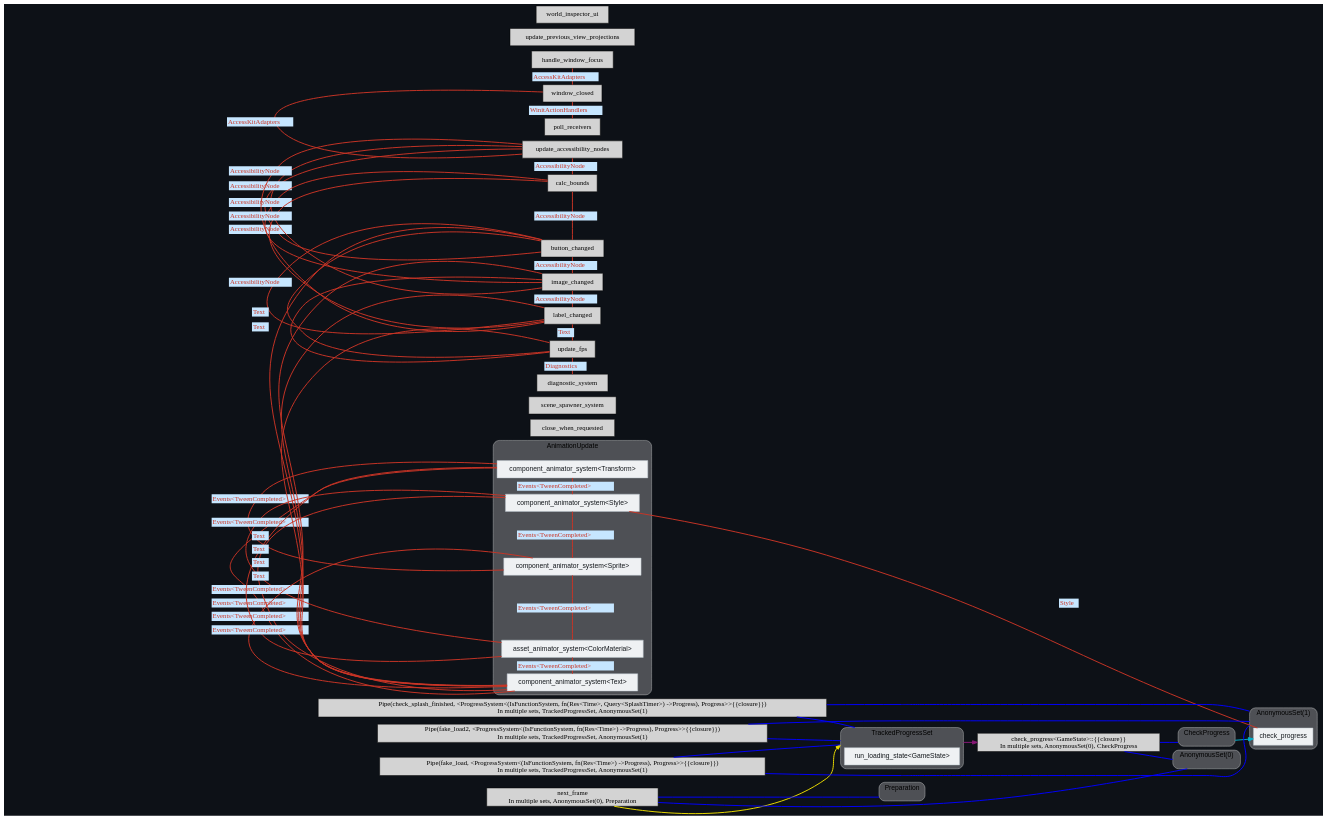
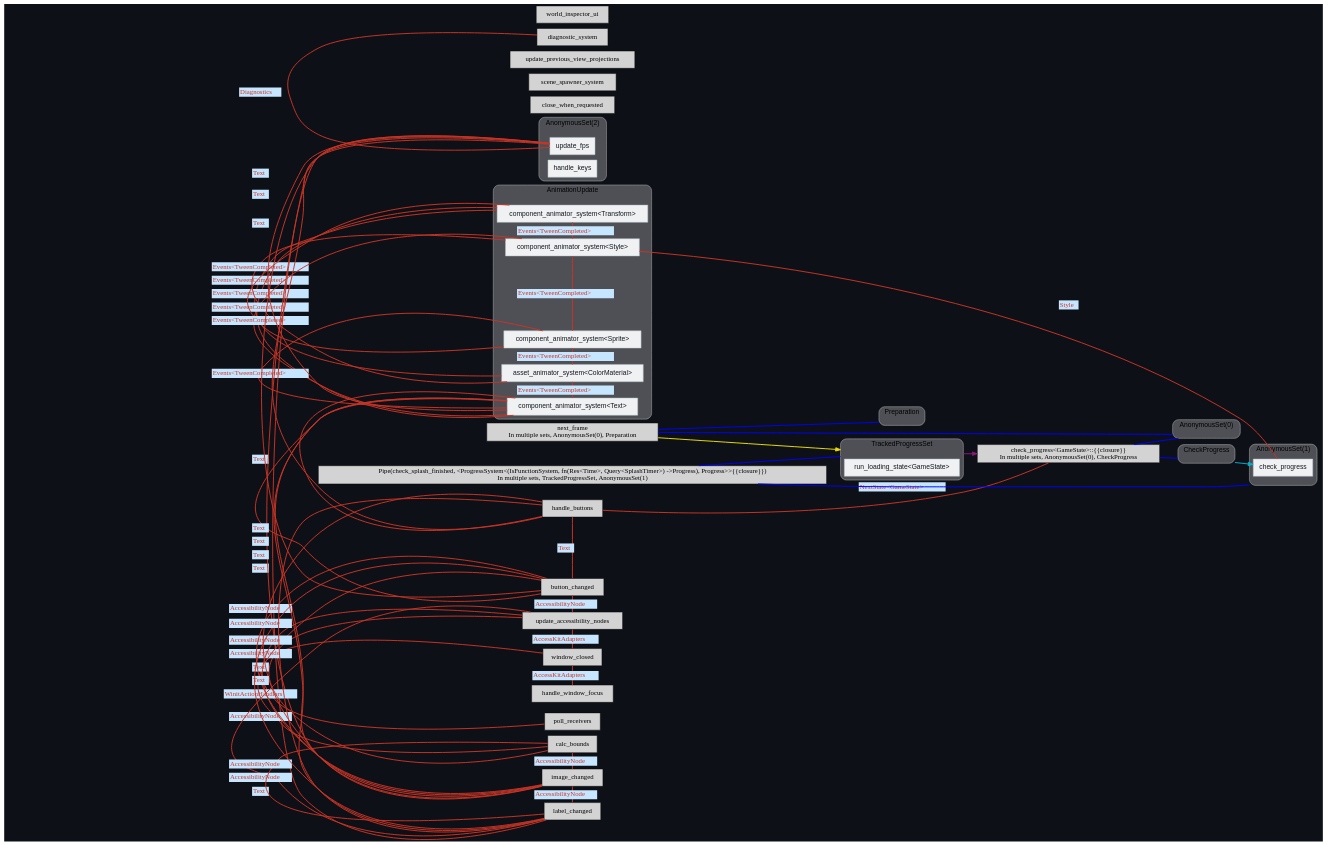
One commit to eerii/hello-bevy changed the diagram in graphs/update-schedule.dot. Above: the diagram before and after it, drawn with Graphviz. The commit also changed 4 other files, not shown here.

```diff
--- a/graphs/update-schedule.dot
+++ b/graphs/update-schedule.dot
@@ -74,6 +74,18 @@
 		"node_System(20)" ["label"="check_progress", "tooltip"="hello_bevy::load::check_progress", "fillcolor"="#eff1f3", "fontname"="Helvetica", "fontcolor"="#15191d", "color"="#b4bec7", "penwidth"="1"]
 	}
 	
+	subgraph "clusternode_Set(31)" {
+		"style"="rounded,filled";
+		"label"="AnonymousSet(2)";
+		"tooltip"="AnonymousSet(2)";
+		"fillcolor"="#ffffff44";
+		"color"="#ffffff50";
+		"penwidth"="2";
+		"set_marker_node_Set(31)" ["style"="invis", "label"="", "height"="0", "shape"="point"]
+		"node_System(24)" ["label"="update_fps", "tooltip"="hello_bevy::debug::only_in_debug::update_fps", "fillcolor"="#eff1f3", "fontname"="Helvetica", "fontcolor"="#15191d", "color"="#b4bec7", "penwidth"="1"]
+		"node_System(25)" ["label"="handle_keys", "tooltip"="hello_bevy::debug::only_in_debug::handle_keys", "fillcolor"="#eff1f3", "fontname"="Helvetica", "fontcolor"="#15191d", "color"="#b4bec7", "penwidth"="1"]
+	}
+	
 	"node_System(0)" ["label"="close_when_requested", "tooltip"="bevy_window::system::close_when_requested"]
 	"node_System(1)" ["label"="scene_spawner_system", "tooltip"="bevy_scene::scene_spawner::scene_spawner_system"]
 	"node_System(2)" ["label"="handle_window_focus", "tooltip"="bevy_winit::accessibility::handle_window_focus"]
@@ -85,9 +97,9 @@
 	"node_System(8)" ["label"="image_changed", "tooltip"="bevy_ui::accessibility::image_changed"]
 	"node_System(9)" ["label"="label_changed", "tooltip"="bevy_ui::accessibility::label_changed"]
 	"node_System(10)" ["label"="update_previous_view_projections", "tooltip"="bevy_pbr::prepass::update_previous_view_projections"]
-	"node_System(23)" ["label"="diagnostic_system", "tooltip"="bevy_diagnostic::frame_time_diagnostics_plugin::FrameTimeDiagnosticsPlugin::diagnostic_system"]
-	"node_System(24)" ["label"="world_inspector_ui", "tooltip"="bevy_inspector_egui::quick::world_inspector_ui"]
-	"node_System(25)" ["label"="update_fps", "tooltip"="hello_bevy::debug::only_in_debug::update_fps"]
+	"node_System(21)" ["label"="handle_buttons", "tooltip"="hello_bevy::menu::handle_buttons"]
+	"node_System(22)" ["label"="diagnostic_system", "tooltip"="bevy_diagnostic::frame_time_diagnostics_plugin::FrameTimeDiagnosticsPlugin::diagnostic_system"]
+	"node_System(23)" ["label"="world_inspector_ui", "tooltip"="bevy_inspector_egui::quick::world_inspector_ui"]
 	"node_System(17)" -> "set_marker_node_Set(19)" ["dir"="none", "color"="blue", "lhead"="clusternode_Set(19)"]
 	"node_System(17)" -> "set_marker_node_Set(21)" ["dir"="none", "color"="blue", "lhead"="clusternode_Set(21)"]
 	"node_System(17)" ["label"="next_frame
@@ -100,14 +112,6 @@
 	"node_System(19)" -> "set_marker_node_Set(24)" ["dir"="none", "color"="blue", "lhead"="clusternode_Set(24)"]
 	"node_System(19)" ["label"="Pipe(check_splash_finished, <ProgressSystem<(IsFunctionSystem, fn(Res<Time>, Query<SplashTimer>) ->Progress), Progress>>{{closure}})
 In multiple sets, TrackedProgressSet, AnonymousSet(1)", "tooltip"="Pipe(hello_bevy::load::check_splash_finished, <hello_bevy::load::check_splash_finished as iyes_progress::ProgressSystem<(bevy_ecs::system::function_system::IsFunctionSystem, fn(bevy_ecs::change_detection::Res<bevy_time::time::Time>, bevy_ecs::system::query::Query<&mut hello_bevy::load::SplashTimer>) -> iyes_progress::Progress), iyes_progress::Progress>>::track_progress::{{closure}})"]
-	"node_System(21)" -> "set_marker_node_Set(18)" ["dir"="none", "color"="blue", "lhead"="clusternode_Set(18)"]
-	"node_System(21)" -> "set_marker_node_Set(24)" ["dir"="none", "color"="blue", "lhead"="clusternode_Set(24)"]
-	"node_System(21)" ["label"="Pipe(fake_load, <ProgressSystem<(IsFunctionSystem, fn(Res<Time>) ->Progress), Progress>>{{closure}})
-In multiple sets, TrackedProgressSet, AnonymousSet(1)", "tooltip"="Pipe(hello_bevy::load::fake_load, <hello_bevy::load::fake_load as iyes_progress::ProgressSystem<(bevy_ecs::system::function_system::IsFunctionSystem, fn(bevy_ecs::change_detection::Res<bevy_time::time::Time>) -> iyes_progress::Progress), iyes_progress::Progress>>::track_progress::{{closure}})"]
-	"node_System(22)" -> "set_marker_node_Set(18)" ["dir"="none", "color"="blue", "lhead"="clusternode_Set(18)"]
-	"node_System(22)" -> "set_marker_node_Set(24)" ["dir"="none", "color"="blue", "lhead"="clusternode_Set(24)"]
-	"node_System(22)" ["label"="Pipe(fake_load2, <ProgressSystem<(IsFunctionSystem, fn(Res<Time>) ->Progress), Progress>>{{closure}})
-In multiple sets, TrackedProgressSet, AnonymousSet(1)", "tooltip"="Pipe(hello_bevy::load::fake_load2, <hello_bevy::load::fake_load2 as iyes_progress::ProgressSystem<(bevy_ecs::system::function_system::IsFunctionSystem, fn(bevy_ecs::change_detection::Res<bevy_time::time::Time>) -> iyes_progress::Progress), iyes_progress::Progress>>::track_progress::{{closure}})"]
 	"node_System(17)" -> "set_marker_node_Set(18)" ["lhead"="clusternode_Set(18)", "ltail"="", "tooltip"="next_frame → TrackedProgressSet", "color"="#eede00"]
 	"set_marker_node_Set(18)" -> "node_System(18)" ["lhead"="", "ltail"="clusternode_Set(18)", "tooltip"="TrackedProgressSet → check_progress<GameState>::{{closure}}", "color"="#881877"]
 	"set_marker_node_Set(23)" -> "node_System(20)" ["lhead"="", "ltail"="clusternode_Set(23)", "tooltip"="CheckProgress → check_progress", "color"="#00b0cc"]
@@ -118,29 +122,35 @@
 	"node_System(7)" -> "node_System(5)" ["dir"="none", "constraint"="false", "color"="#c93526", "fontcolor"="#c93526", "label"=<<table border="0" cellborder="0"><tr><td bgcolor="#c6e6ff">AccessibilityNode</td></tr></table>>, "labeltooltip"="button_changed — update_accessibility_nodes"]
 	"node_System(7)" -> "node_System(6)" ["dir"="none", "constraint"="false", "color"="#c93526", "fontcolor"="#c93526", "label"=<<table border="0" cellborder="0"><tr><td bgcolor="#c6e6ff">AccessibilityNode</td></tr></table>>, "labeltooltip"="button_changed — calc_bounds"]
 	"node_System(7)" -> "node_System(15)" ["dir"="none", "constraint"="false", "color"="#c93526", "fontcolor"="#c93526", "label"=<<table border="0" cellborder="0"><tr><td bgcolor="#c6e6ff">Text</td></tr></table>>, "labeltooltip"="button_changed — component_animator_system<Text>"]
+	"node_System(7)" -> "node_System(21)" ["dir"="none", "constraint"="false", "color"="#c93526", "fontcolor"="#c93526", "label"=<<table border="0" cellborder="0"><tr><td bgcolor="#c6e6ff">Text</td></tr></table>>, "labeltooltip"="button_changed — handle_buttons"]
 	"node_System(8)" -> "node_System(5)" ["dir"="none", "constraint"="false", "color"="#c93526", "fontcolor"="#c93526", "label"=<<table border="0" cellborder="0"><tr><td bgcolor="#c6e6ff">AccessibilityNode</td></tr></table>>, "labeltooltip"="image_changed — update_accessibility_nodes"]
 	"node_System(8)" -> "node_System(6)" ["dir"="none", "constraint"="false", "color"="#c93526", "fontcolor"="#c93526", "label"=<<table border="0" cellborder="0"><tr><td bgcolor="#c6e6ff">AccessibilityNode</td></tr></table>>, "labeltooltip"="image_changed — calc_bounds"]
 	"node_System(8)" -> "node_System(7)" ["dir"="none", "constraint"="false", "color"="#c93526", "fontcolor"="#c93526", "label"=<<table border="0" cellborder="0"><tr><td bgcolor="#c6e6ff">AccessibilityNode</td></tr></table>>, "labeltooltip"="image_changed — button_changed"]
 	"node_System(8)" -> "node_System(15)" ["dir"="none", "constraint"="false", "color"="#c93526", "fontcolor"="#c93526", "label"=<<table border="0" cellborder="0"><tr><td bgcolor="#c6e6ff">Text</td></tr></table>>, "labeltooltip"="image_changed — component_animator_system<Text>"]
+	"node_System(8)" -> "node_System(21)" ["dir"="none", "constraint"="false", "color"="#c93526", "fontcolor"="#c93526", "label"=<<table border="0" cellborder="0"><tr><td bgcolor="#c6e6ff">Text</td></tr></table>>, "labeltooltip"="image_changed — handle_buttons"]
 	"node_System(9)" -> "node_System(5)" ["dir"="none", "constraint"="false", "color"="#c93526", "fontcolor"="#c93526", "label"=<<table border="0" cellborder="0"><tr><td bgcolor="#c6e6ff">AccessibilityNode</td></tr></table>>, "labeltooltip"="label_changed — update_accessibility_nodes"]
 	"node_System(9)" -> "node_System(6)" ["dir"="none", "constraint"="false", "color"="#c93526", "fontcolor"="#c93526", "label"=<<table border="0" cellborder="0"><tr><td bgcolor="#c6e6ff">AccessibilityNode</td></tr></table>>, "labeltooltip"="label_changed — calc_bounds"]
 	"node_System(9)" -> "node_System(7)" ["dir"="none", "constraint"="false", "color"="#c93526", "fontcolor"="#c93526", "label"=<<table border="0" cellborder="0"><tr><td bgcolor="#c6e6ff">AccessibilityNode</td></tr></table>>, "labeltooltip"="label_changed — button_changed"]
 	"node_System(9)" -> "node_System(8)" ["dir"="none", "constraint"="false", "color"="#c93526", "fontcolor"="#c93526", "label"=<<table border="0" cellborder="0"><tr><td bgcolor="#c6e6ff">AccessibilityNode</td></tr></table>>, "labeltooltip"="label_changed — image_changed"]
 	"node_System(9)" -> "node_System(15)" ["dir"="none", "constraint"="false", "color"="#c93526", "fontcolor"="#c93526", "label"=<<table border="0" cellborder="0"><tr><td bgcolor="#c6e6ff">Text</td></tr></table>>, "labeltooltip"="label_changed — component_animator_system<Text>"]
-	"node_System(11)" -> "node_System(13)" ["dir"="none", "constraint"="false", "color"="#c93526", "fontcolor"="#c93526", "label"=<<table border="0" cellborder="0"><tr><td bgcolor="#c6e6ff">Events&lt;TweenCompleted&gt;</td></tr></table>>, "labeltooltip"="component_animator_system<Transform> — component_animator_system<Sprite>"]
+	"node_System(9)" -> "node_System(21)" ["dir"="none", "constraint"="false", "color"="#c93526", "fontcolor"="#c93526", "label"=<<table border="0" cellborder="0"><tr><td bgcolor="#c6e6ff">Text</td></tr></table>>, "labeltooltip"="label_changed — handle_buttons"]
+	"node_System(11)" -> "node_System(14)" ["dir"="none", "constraint"="false", "color"="#c93526", "fontcolor"="#c93526", "label"=<<table border="0" cellborder="0"><tr><td bgcolor="#c6e6ff">Events&lt;TweenCompleted&gt;</td></tr></table>>, "labeltooltip"="component_animator_system<Transform> — asset_animator_system<ColorMaterial>"]
 	"node_System(11)" -> "node_System(15)" ["dir"="none", "constraint"="false", "color"="#c93526", "fontcolor"="#c93526", "label"=<<table border="0" cellborder="0"><tr><td bgcolor="#c6e6ff">Events&lt;TweenCompleted&gt;</td></tr></table>>, "labeltooltip"="component_animator_system<Transform> — component_animator_system<Text>"]
 	"node_System(12)" -> "node_System(11)" ["dir"="none", "constraint"="false", "color"="#c93526", "fontcolor"="#c93526", "label"=<<table border="0" cellborder="0"><tr><td bgcolor="#c6e6ff">Events&lt;TweenCompleted&gt;</td></tr></table>>, "labeltooltip"="component_animator_system<Style> — component_animator_system<Transform>"]
 	"node_System(12)" -> "node_System(13)" ["dir"="none", "constraint"="false", "color"="#c93526", "fontcolor"="#c93526", "label"=<<table border="0" cellborder="0"><tr><td bgcolor="#c6e6ff">Events&lt;TweenCompleted&gt;</td></tr></table>>, "labeltooltip"="component_animator_system<Style> — component_animator_system<Sprite>"]
 	"node_System(12)" -> "node_System(14)" ["dir"="none", "constraint"="false", "color"="#c93526", "fontcolor"="#c93526", "label"=<<table border="0" cellborder="0"><tr><td bgcolor="#c6e6ff">Events&lt;TweenCompleted&gt;</td></tr></table>>, "labeltooltip"="component_animator_system<Style> — asset_animator_system<ColorMaterial>"]
 	"node_System(12)" -> "node_System(15)" ["dir"="none", "constraint"="false", "color"="#c93526", "fontcolor"="#c93526", "label"=<<table border="0" cellborder="0"><tr><td bgcolor="#c6e6ff">Events&lt;TweenCompleted&gt;</td></tr></table>>, "labeltooltip"="component_animator_system<Style> — component_animator_system<Text>"]
 	"node_System(12)" -> "node_System(20)" ["dir"="none", "constraint"="false", "color"="#c93526", "fontcolor"="#c93526", "label"=<<table border="0" cellborder="0"><tr><td bgcolor="#c6e6ff">Style</td></tr></table>>, "labeltooltip"="component_animator_system<Style> — check_progress"]
+	"node_System(13)" -> "node_System(11)" ["dir"="none", "constraint"="false", "color"="#c93526", "fontcolor"="#c93526", "label"=<<table border="0" cellborder="0"><tr><td bgcolor="#c6e6ff">Events&lt;TweenCompleted&gt;</td></tr></table>>, "labeltooltip"="component_animator_system<Sprite> — component_animator_system<Transform>"]
+	"node_System(13)" -> "node_System(14)" ["dir"="none", "constraint"="false", "color"="#c93526", "fontcolor"="#c93526", "label"=<<table border="0" cellborder="0"><tr><td bgcolor="#c6e6ff">Events&lt;TweenCompleted&gt;</td></tr></table>>, "labeltooltip"="component_animator_system<Sprite> — asset_animator_system<ColorMaterial>"]
 	"node_System(13)" -> "node_System(15)" ["dir"="none", "constraint"="false", "color"="#c93526", "fontcolor"="#c93526", "label"=<<table border="0" cellborder="0"><tr><td bgcolor="#c6e6ff">Events&lt;TweenCompleted&gt;</td></tr></table>>, "labeltooltip"="component_animator_system<Sprite> — component_animator_system<Text>"]
-	"node_System(14)" -> "node_System(11)" ["dir"="none", "constraint"="false", "color"="#c93526", "fontcolor"="#c93526", "label"=<<table border="0" cellborder="0"><tr><td bgcolor="#c6e6ff">Events&lt;TweenCompleted&gt;</td></tr></table>>, "labeltooltip"="asset_animator_system<ColorMaterial> — component_animator_system<Transform>"]
-	"node_System(14)" -> "node_System(13)" ["dir"="none", "constraint"="false", "color"="#c93526", "fontcolor"="#c93526", "label"=<<table border="0" cellborder="0"><tr><td bgcolor="#c6e6ff">Events&lt;TweenCompleted&gt;</td></tr></table>>, "labeltooltip"="asset_animator_system<ColorMaterial> — component_animator_system<Sprite>"]
 	"node_System(14)" -> "node_System(15)" ["dir"="none", "constraint"="false", "color"="#c93526", "fontcolor"="#c93526", "label"=<<table border="0" cellborder="0"><tr><td bgcolor="#c6e6ff">Events&lt;TweenCompleted&gt;</td></tr></table>>, "labeltooltip"="asset_animator_system<ColorMaterial> — component_animator_system<Text>"]
-	"node_System(25)" -> "node_System(7)" ["dir"="none", "constraint"="false", "color"="#c93526", "fontcolor"="#c93526", "label"=<<table border="0" cellborder="0"><tr><td bgcolor="#c6e6ff">Text</td></tr></table>>, "labeltooltip"="update_fps — button_changed"]
-	"node_System(25)" -> "node_System(8)" ["dir"="none", "constraint"="false", "color"="#c93526", "fontcolor"="#c93526", "label"=<<table border="0" cellborder="0"><tr><td bgcolor="#c6e6ff">Text</td></tr></table>>, "labeltooltip"="update_fps — image_changed"]
-	"node_System(25)" -> "node_System(9)" ["dir"="none", "constraint"="false", "color"="#c93526", "fontcolor"="#c93526", "label"=<<table border="0" cellborder="0"><tr><td bgcolor="#c6e6ff">Text</td></tr></table>>, "labeltooltip"="update_fps — label_changed"]
-	"node_System(25)" -> "node_System(15)" ["dir"="none", "constraint"="false", "color"="#c93526", "fontcolor"="#c93526", "label"=<<table border="0" cellborder="0"><tr><td bgcolor="#c6e6ff">Text</td></tr></table>>, "labeltooltip"="update_fps — component_animator_system<Text>"]
-	"node_System(25)" -> "node_System(23)" ["dir"="none", "constraint"="false", "color"="#c93526", "fontcolor"="#c93526", "label"=<<table border="0" cellborder="0"><tr><td bgcolor="#c6e6ff">Diagnostics</td></tr></table>>, "labeltooltip"="update_fps — diagnostic_system"]
+	"node_System(15)" -> "node_System(21)" ["dir"="none", "constraint"="false", "color"="#c93526", "fontcolor"="#c93526", "label"=<<table border="0" cellborder="0"><tr><td bgcolor="#c6e6ff">Text</td></tr></table>>, "labeltooltip"="component_animator_system<Text> — handle_buttons"]
+	"node_System(18)" -> "node_System(21)" ["dir"="none", "constraint"="false", "color"="#c93526", "fontcolor"="#c93526", "label"=<<table border="0" cellborder="0"><tr><td bgcolor="#c6e6ff">NextState&lt;GameState&gt;</td></tr></table>>, "labeltooltip"="check_progress<GameState>::{{closure}} — handle_buttons"]
+	"node_System(24)" -> "node_System(7)" ["dir"="none", "constraint"="false", "color"="#c93526", "fontcolor"="#c93526", "label"=<<table border="0" cellborder="0"><tr><td bgcolor="#c6e6ff">Text</td></tr></table>>, "labeltooltip"="update_fps — button_changed"]
+	"node_System(24)" -> "node_System(8)" ["dir"="none", "constraint"="false", "color"="#c93526", "fontcolor"="#c93526", "label"=<<table border="0" cellborder="0"><tr><td bgcolor="#c6e6ff">Text</td></tr></table>>, "labeltooltip"="update_fps — image_changed"]
+	"node_System(24)" -> "node_System(9)" ["dir"="none", "constraint"="false", "color"="#c93526", "fontcolor"="#c93526", "label"=<<table border="0" cellborder="0"><tr><td bgcolor="#c6e6ff">Text</td></tr></table>>, "labeltooltip"="update_fps — label_changed"]
+	"node_System(24)" -> "node_System(15)" ["dir"="none", "constraint"="false", "color"="#c93526", "fontcolor"="#c93526", "label"=<<table border="0" cellborder="0"><tr><td bgcolor="#c6e6ff">Text</td></tr></table>>, "labeltooltip"="update_fps — component_animator_system<Text>"]
+	"node_System(24)" -> "node_System(21)" ["dir"="none", "constraint"="false", "color"="#c93526", "fontcolor"="#c93526", "label"=<<table border="0" cellborder="0"><tr><td bgcolor="#c6e6ff">Text</td></tr></table>>, "labeltooltip"="update_fps — handle_buttons"]
+	"node_System(24)" -> "node_System(22)" ["dir"="none", "constraint"="false", "color"="#c93526", "fontcolor"="#c93526", "label"=<<table border="0" cellborder="0"><tr><td bgcolor="#c6e6ff">Diagnostics</td></tr></table>>, "labeltooltip"="update_fps — diagnostic_system"]
 }
```
